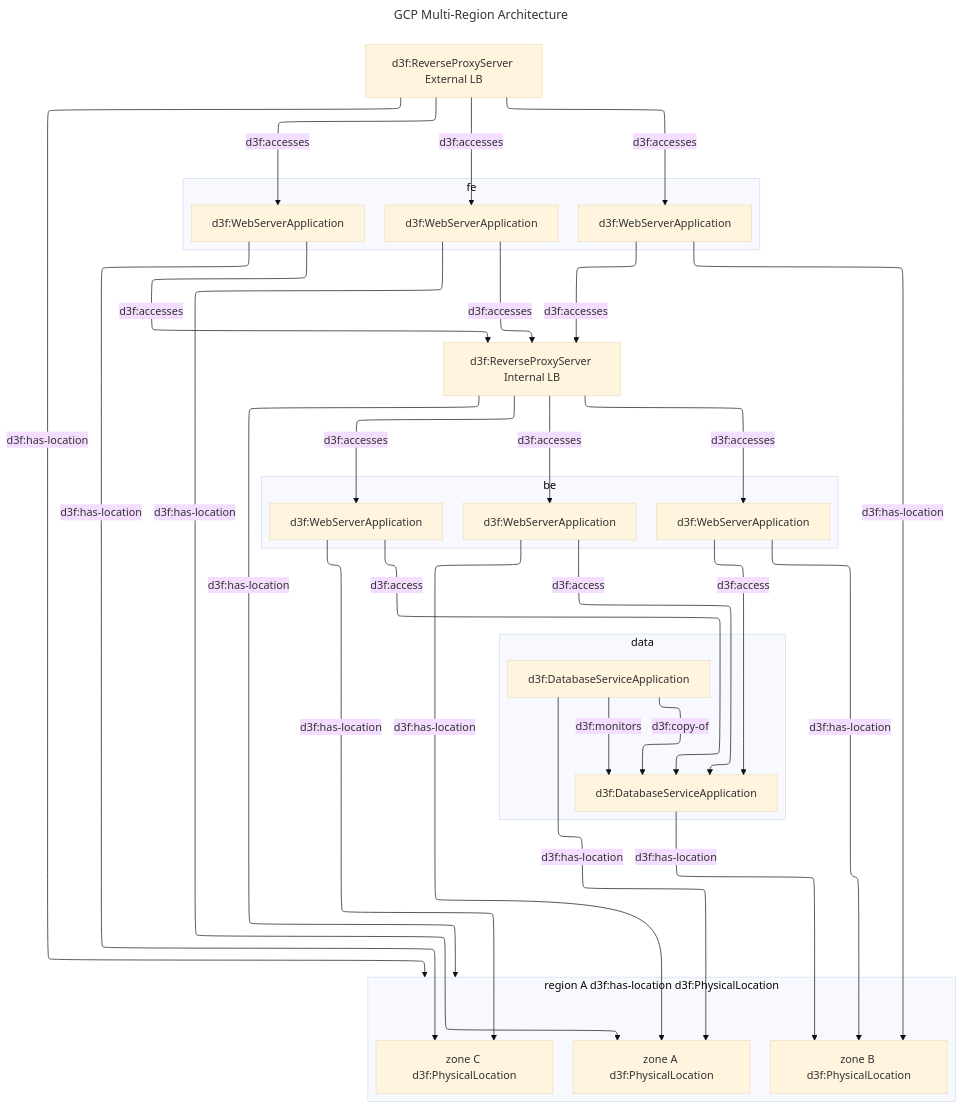
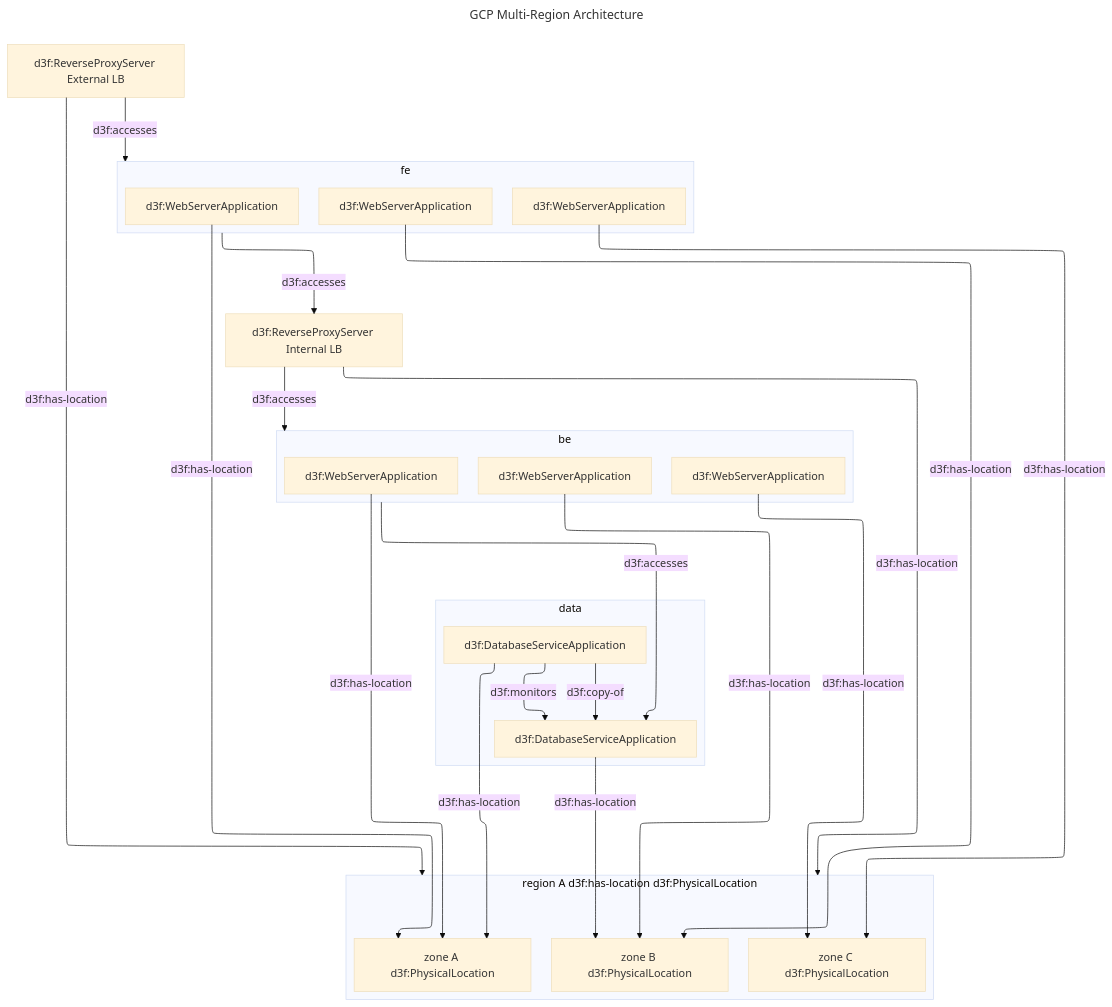
One commit to ioggstream/d3sign changed the second of 3 diagrams in docs/external/gcp/gcp-multi-region.md. Above: the diagram before and after it, drawn with Mermaid (base theme). The commit also changed other lines of this file and 4 other files, not shown here.

````diff
--- a/docs/external/gcp/gcp-multi-region.md
+++ b/docs/external/gcp/gcp-multi-region.md
@@ -21,64 +21,65 @@
 ```mermaid
 ---
 title: GCP Multi-Region Architecture
 kind: template
 id: Region
 root: region
 config:
   layout: elk
 ---
 graph
 
 
 subgraph region[region A d3f:has-location d3f:PhysicalLocation]
 zone-a[zone A d3f:PhysicalLocation]
 zone-b[zone B d3f:PhysicalLocation]
 zone-c[zone C d3f:PhysicalLocation]
 end
 
 elb & ilb -->|d3f:has-location| region
 
 elb[d3f:ReverseProxyServer External LB]
 
-elb -->|d3f:accesses| fe-a & fe-b & fe-c
+elb -->|d3f:accesses| fe
 
 
 %% :idea:
 %% d3f:Artifact -->|d3f:whatever| subgraph
 %% means d3f:Artifact d3f:whatever ....
 %% evaluate this pattern with examples.
 %% problems may arise with subgraphs, but
 %% simplifies representations.
 subgraph fe
-fe-a[d3f:WebServerApplication]
-fe-b[d3f:WebServerApplication]
-fe-c[d3f:WebServerApplication]
+  fe-a[d3f:WebServerApplication]
+  fe-b[d3f:WebServerApplication]
+  fe-c[d3f:WebServerApplication]
 end
 
 
 fe-a & be-a -->|d3f:has-location| zone-a
 fe-b & be-b -->|d3f:has-location| zone-b
 fe-c & be-c -->|d3f:has-location| zone-c
 
 ilb[d3f:ReverseProxyServer Internal LB]
 
 subgraph be
-be-a[d3f:WebServerApplication]
-be-b[d3f:WebServerApplication]
-be-c[d3f:WebServerApplication]
+  be-a[d3f:WebServerApplication]
+  be-b[d3f:WebServerApplication]
+  be-c[d3f:WebServerApplication]
 end
 
-fe-a & fe-b & fe-c -->|d3f:accesses| ilb
-ilb -->|d3f:accesses| be-a & be-b & be-c
+fe -->|d3f:accesses| ilb
+ilb -->|d3f:accesses| be
 
-be-a & be-b & be-c -->|d3f:access| db[d3f:DatabaseServiceApplication]
+be -->|d3f:accesses| db
+db[d3f:DatabaseServiceApplication]
 
 subgraph data
-db-standby[d3f:DatabaseServiceApplication]
+  db-standby[d3f:DatabaseServiceApplication]
 
-db-standby -->|d3f:copy-of| db
-db-standby -->|d3f:monitors| db
-db-standby -->|d3f:has-location| zone-a
-db -->|d3f:has-location| zone-b
+  db-standby -->|d3f:copy-of| db
+  db-standby -->|d3f:monitors| db
+  db-standby -->|d3f:has-location| zone-a
+  db -->|d3f:has-location| zone-b
 end
 ```
````
